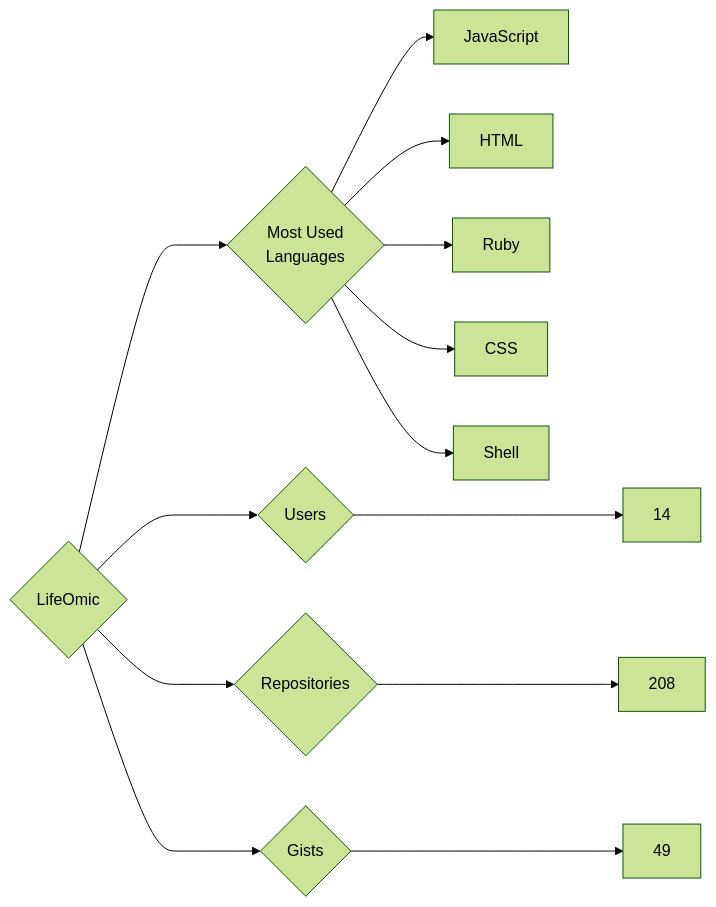
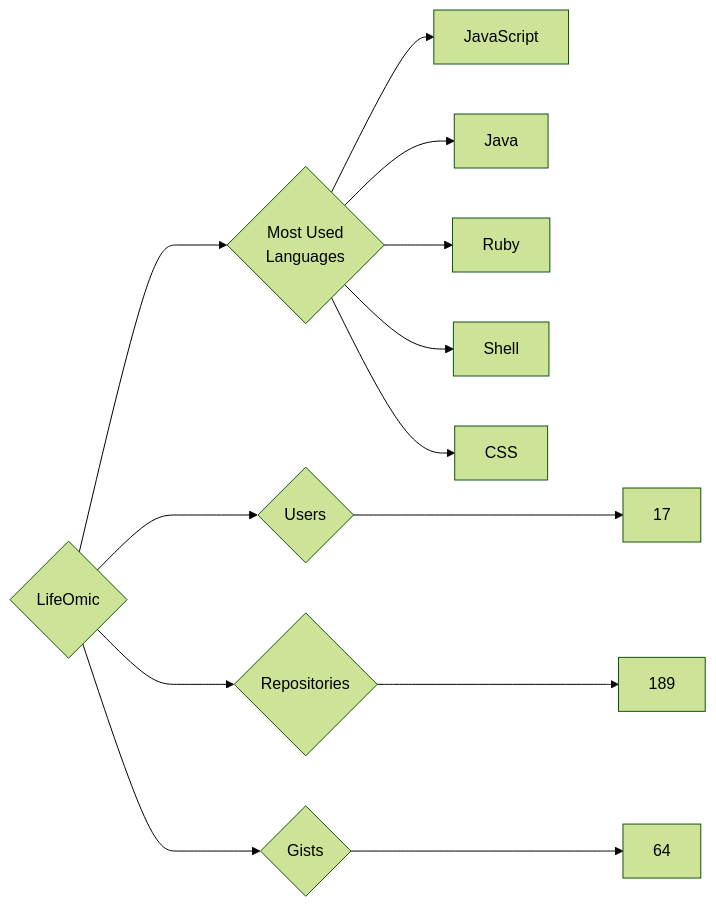
The diagram in targets/LifeOmic/README.md (trickest/insiders), drawn with Mermaid (forest theme) before and after one commit. The commit also changed 944 other files, not shown here.

````diff
--- a/targets/LifeOmic/README.md
+++ b/targets/LifeOmic/README.md
@@ -3,13 +3,13 @@
 ```mermaid
 graph LR
 COMPANY_NAME{LifeOmic}
-COMPANY_NAME ---> U{Users} ---> UN[14]
-COMPANY_NAME ---> R{Repositories} ---> RN[208]
-COMPANY_NAME ---> G{Gists} ---> GN[49]
+COMPANY_NAME ---> U{Users} ---> UN[17]
+COMPANY_NAME ---> R{Repositories} ---> RN[189]
+COMPANY_NAME ---> G{Gists} ---> GN[64]
 COMPANY_NAME ---> ML{Most Used<br>Languages}
 ML --> JavaScript[JavaScript]
-ML --> HTML[HTML]
+ML --> Java[Java]
 ML --> Ruby[Ruby]
+ML --> Shell[Shell]
 ML --> CSS[CSS]
-ML --> Shell[Shell]
 ```
````
